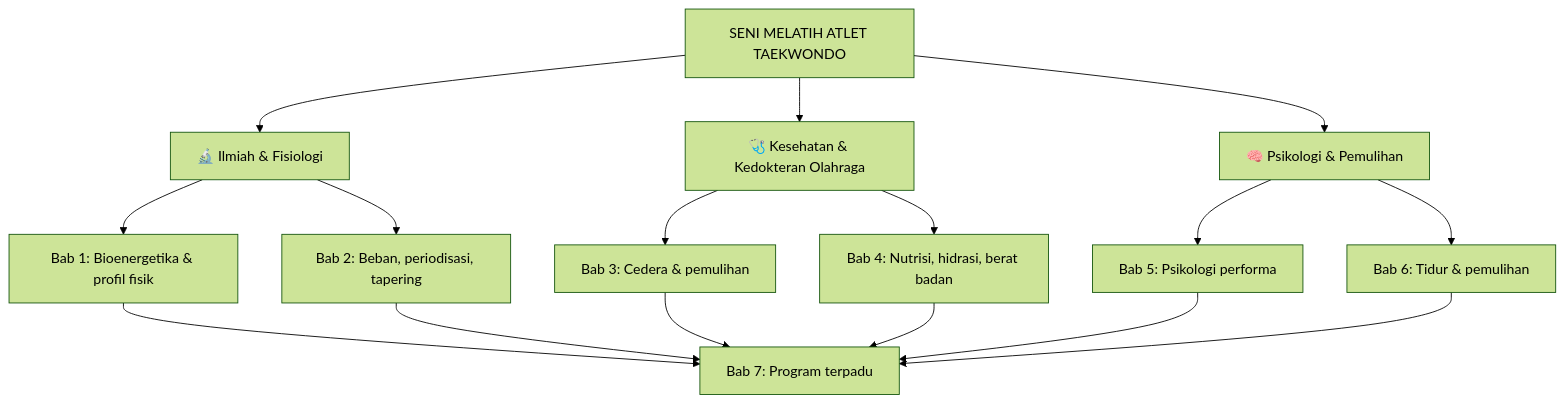
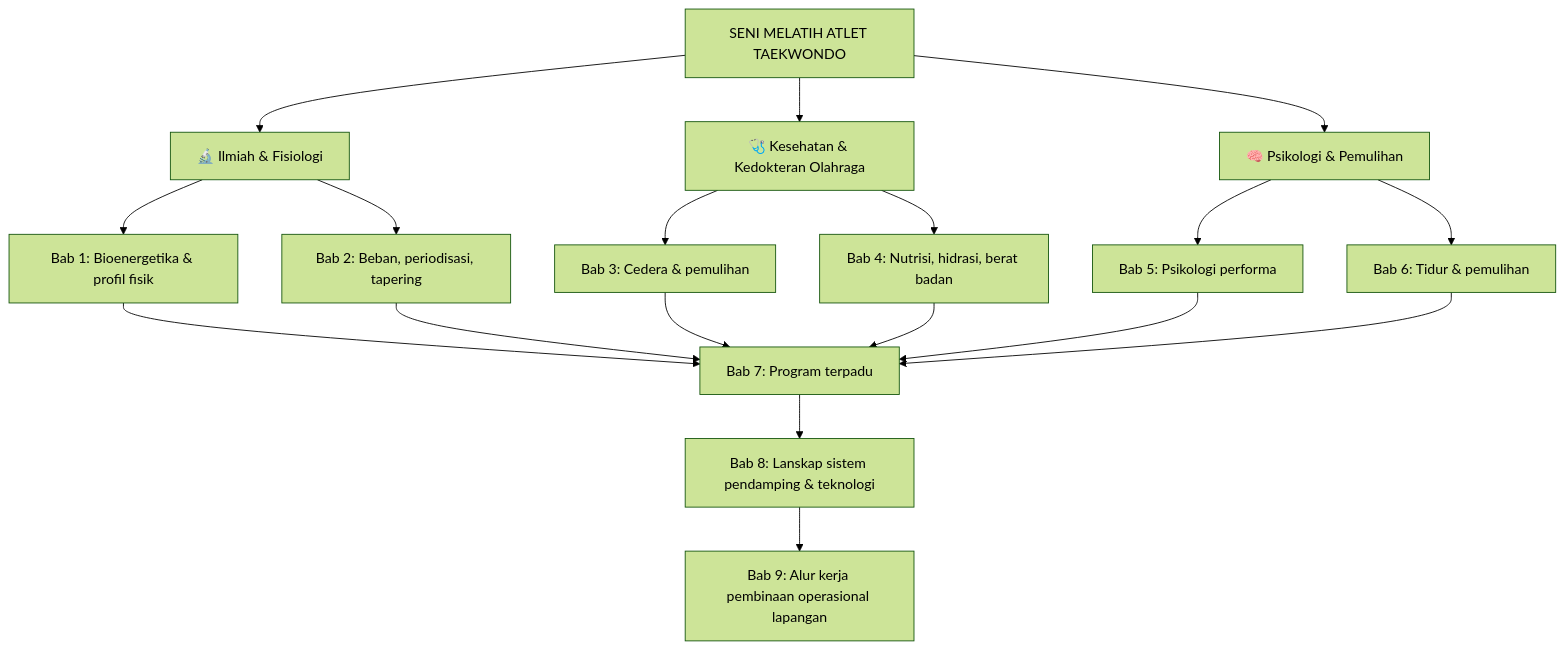
Before and after one commit to wsugiri/book-hubs: the diagram in books/seni-melatih-atlet-taekwondo/index.md, drawn with Mermaid (forest theme). The commit also changed 6 other files, not shown here.

````diff
--- a/books/seni-melatih-atlet-taekwondo/index.md
+++ b/books/seni-melatih-atlet-taekwondo/index.md
@@ -89,18 +89,20 @@
 ```mermaid
 flowchart TD
     A["SENI MELATIH ATLET TAEKWONDO"] --> B["🔬 Ilmiah & Fisiologi"]
     A --> C["🩺 Kesehatan & Kedokteran Olahraga"]
     A --> D["🧠 Psikologi & Pemulihan"]
     B --> B1["Bab 1: Bioenergetika & profil fisik"]
     B --> B2["Bab 2: Beban, periodisasi, tapering"]
     C --> C1["Bab 3: Cedera & pemulihan"]
     C --> C2["Bab 4: Nutrisi, hidrasi, berat badan"]
     D --> D1["Bab 5: Psikologi performa"]
     D --> D2["Bab 6: Tidur & pemulihan"]
     B1 --> E["Bab 7: Program terpadu"]
     B2 --> E
     C1 --> E
     C2 --> E
     D1 --> E
     D2 --> E
+    E --> F["Bab 8: Lanskap sistem pendamping & teknologi"]
+    F --> G["Bab 9: Alur kerja pembinaan operasional lapangan"]
 ```
````
